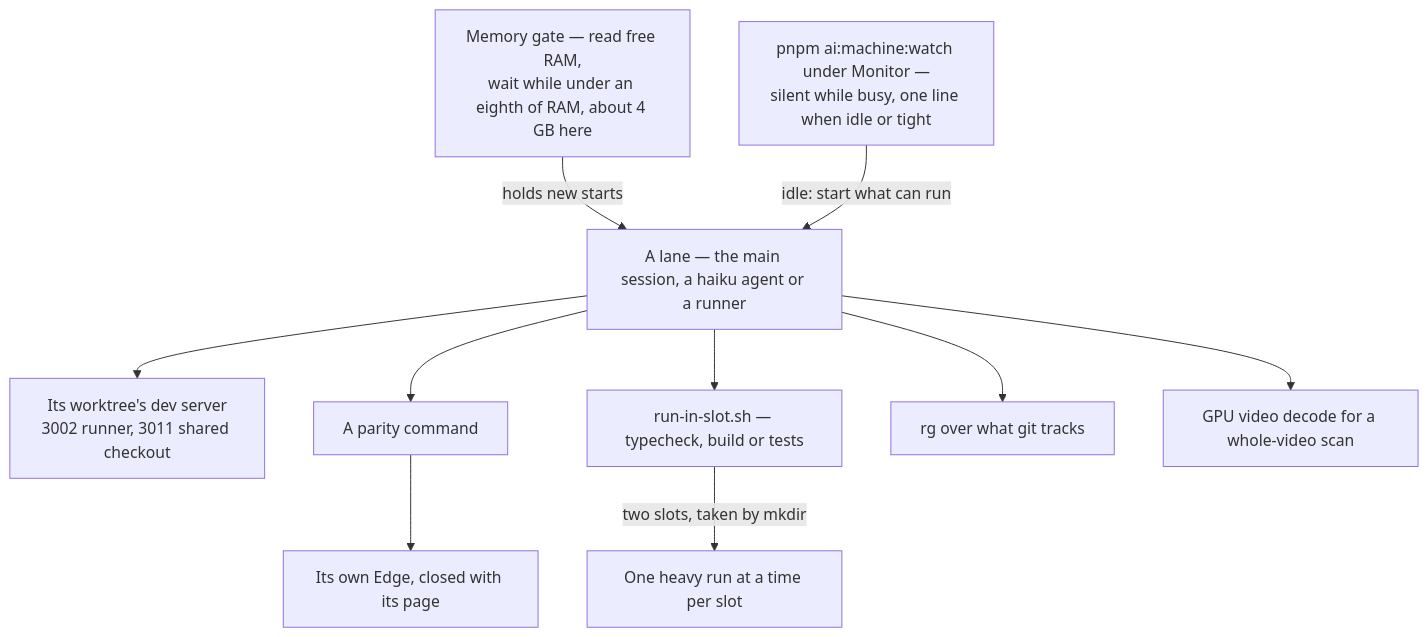
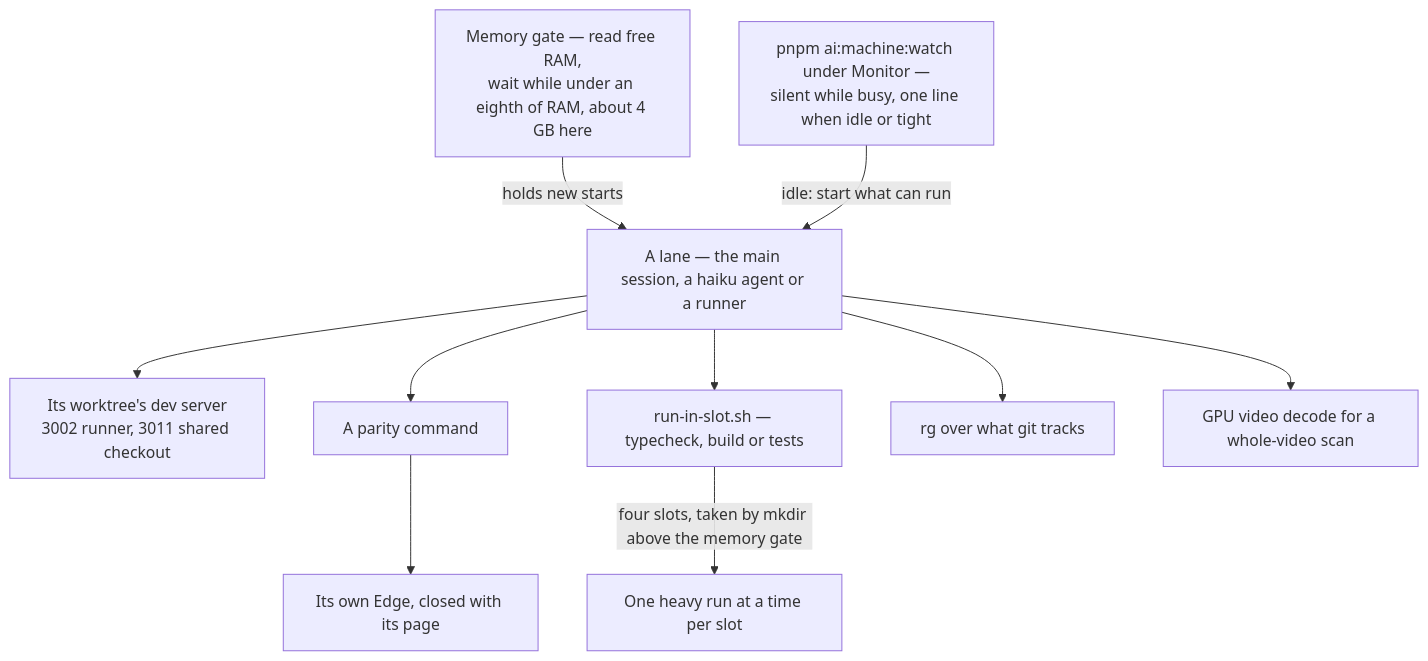
Before and after one commit to Esposter/Esposter: the diagram in apps/web/content/docs/architecture/machine-efficiency.md, drawn with Mermaid. The commit also changed other lines of this file and 2 other files, not shown here.

First line of the commit message:
perf(throughput): heavy runs take one of four slots, each only while free memory is above an eighth of RAM, so queued agents no longer leave the cores idle

````diff
--- a/apps/web/content/docs/architecture/machine-efficiency.md
+++ b/apps/web/content/docs/architecture/machine-efficiency.md
@@ -20,12 +20,12 @@
 ```mermaid
 flowchart TD
   G["Memory gate — read free RAM,<br/>wait while under an eighth of RAM, about 4 GB here"] -->|"holds new starts"| L
   W["pnpm ai:machine:watch under Monitor —<br/>silent while busy, one line when idle or tight"] -->|"idle: start what can run"| L
   L["A lane — the main session, a haiku agent or a runner"] --> DS["Its worktree's dev server<br/>3002 runner, 3011 shared checkout"]
   L --> CMD["A parity command"]
   CMD --> EDGE["Its own Edge, closed with its page"]
   L --> SLOT["run-in-slot.sh — typecheck, build or tests"]
-  SLOT -->|"two slots, taken by mkdir"| RUN["One heavy run at a time per slot"]
+  SLOT -->|"four slots, taken by mkdir above the memory gate"| RUN["One heavy run at a time per slot"]
   L --> SEARCH["rg over what git tracks"]
   L --> VIDEO["GPU video decode for a whole-video scan"]
 ```
````
